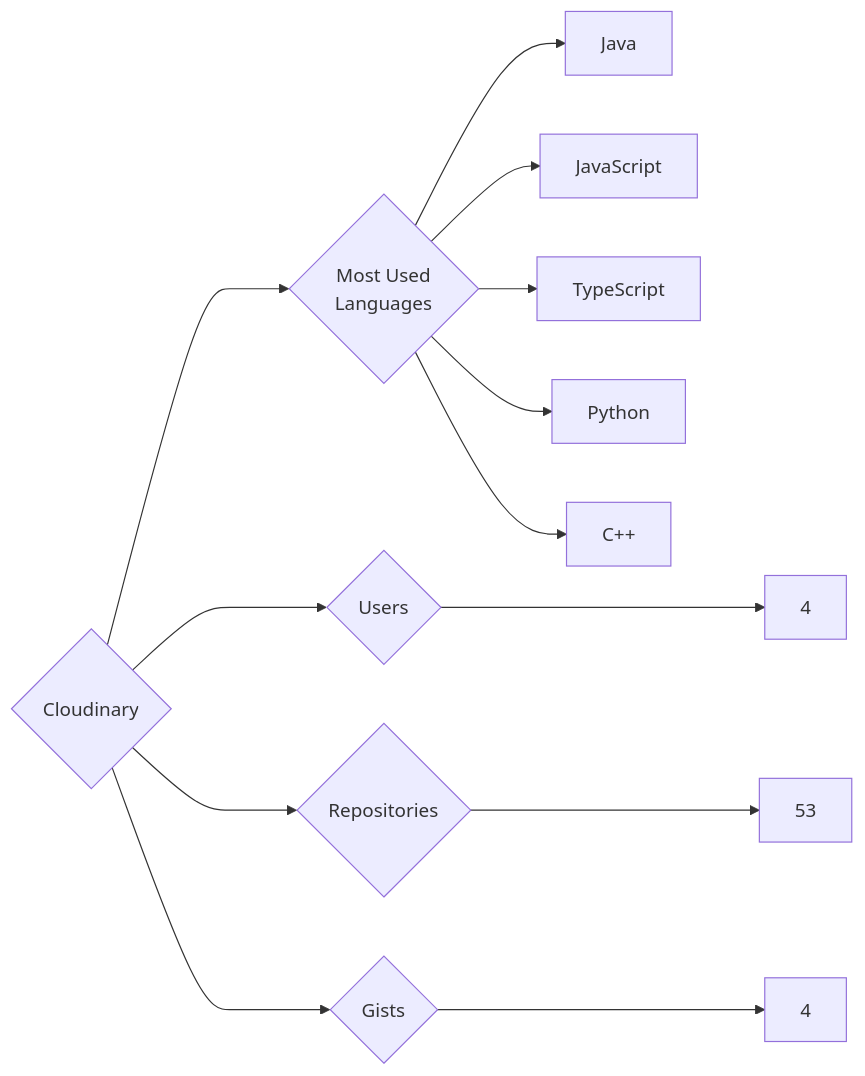
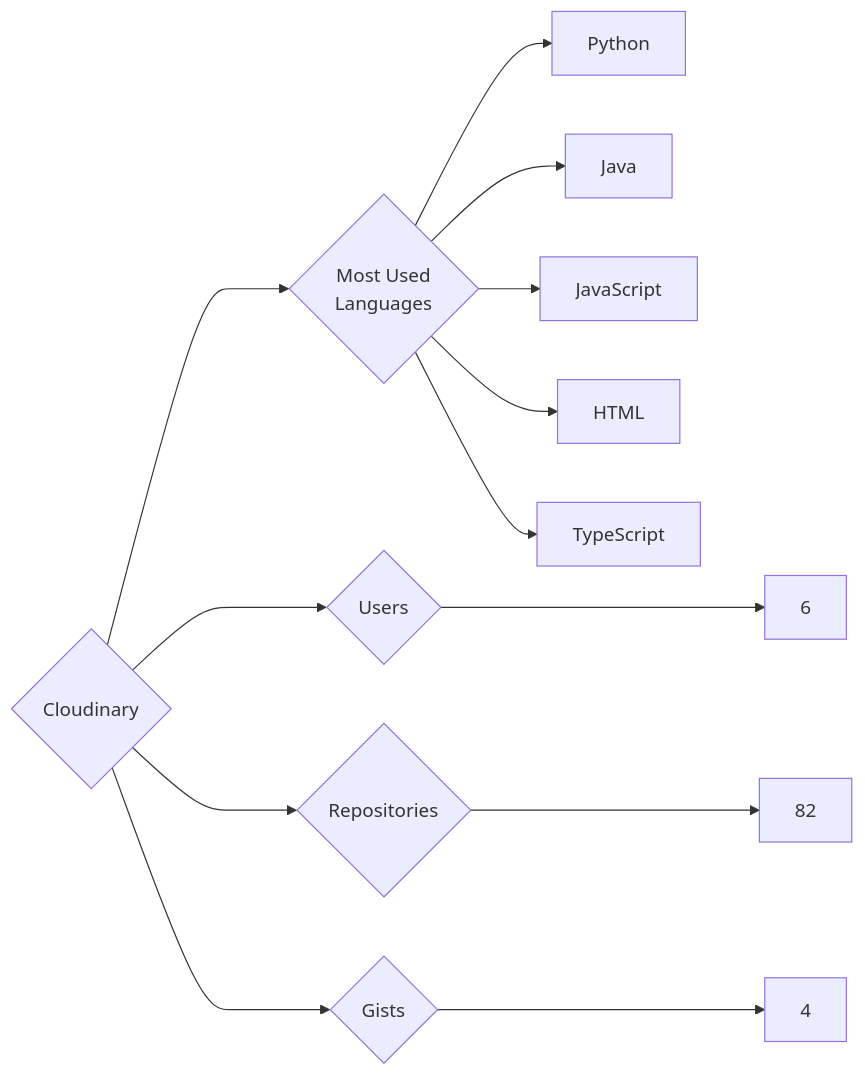
Before and after one commit to trickest/insiders: the diagram in targets/Cloudinary/README.md, drawn with Mermaid. The commit also changed 559 other files, not shown here.

````diff
--- a/targets/Cloudinary/README.md
+++ b/targets/Cloudinary/README.md
@@ -3,13 +3,13 @@
 ```mermaid
 graph LR
 COMPANY_NAME{Cloudinary}
-COMPANY_NAME ---> U{Users} ---> UN[4]
-COMPANY_NAME ---> R{Repositories} ---> RN[53]
+COMPANY_NAME ---> U{Users} ---> UN[6]
+COMPANY_NAME ---> R{Repositories} ---> RN[82]
 COMPANY_NAME ---> G{Gists} ---> GN[4]
 COMPANY_NAME ---> ML{Most Used<br>Languages}
+ML --> Python[Python]
 ML --> Java[Java]
 ML --> JavaScript[JavaScript]
+ML --> HTML[HTML]
 ML --> TypeScript[TypeScript]
-ML --> Python[Python]
-ML --> C++[C++]
 ```
````
